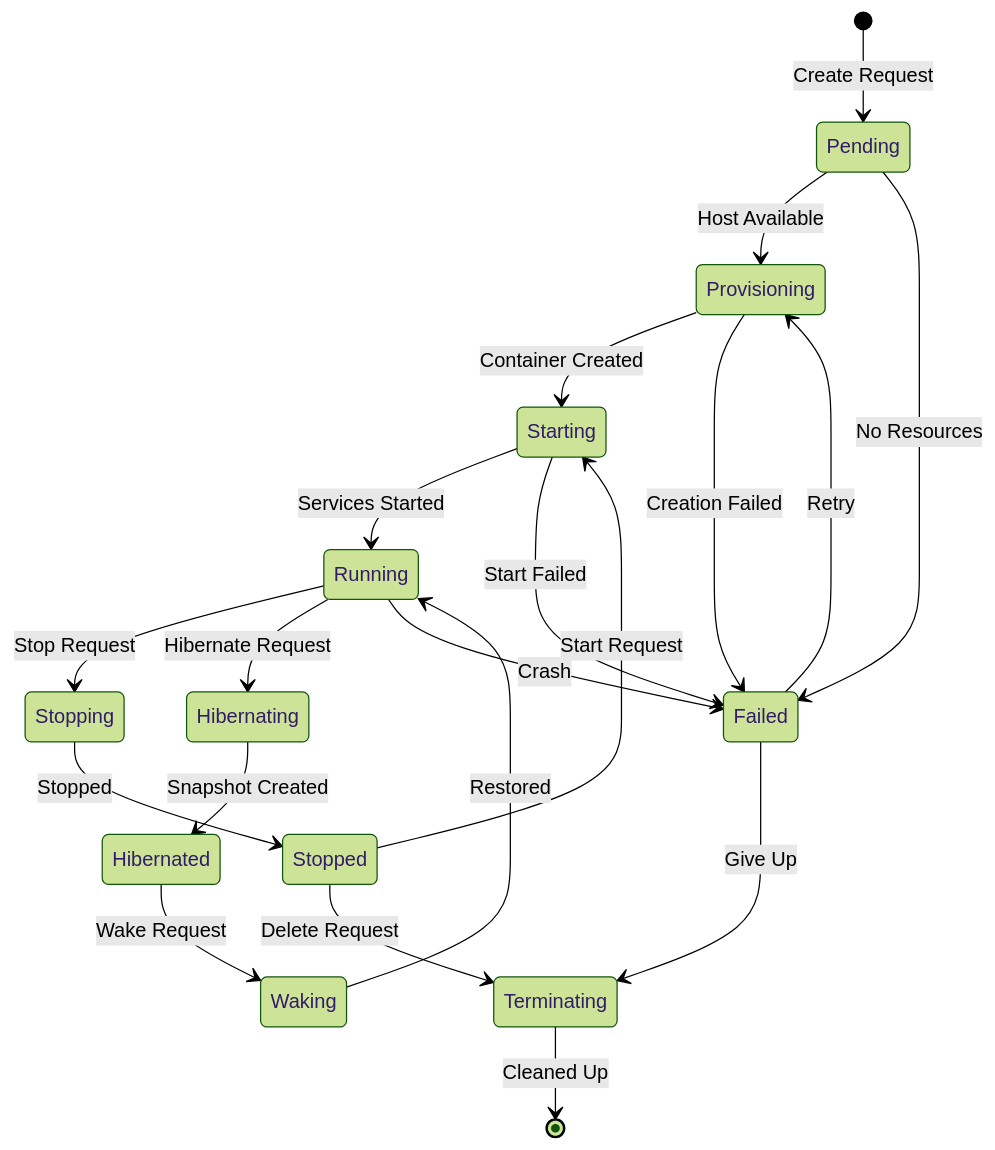
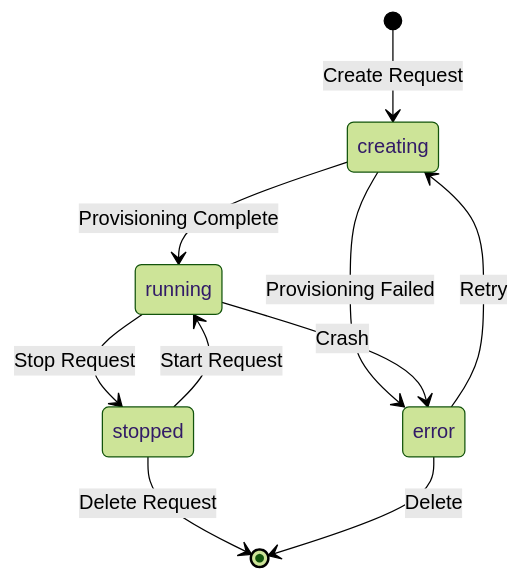
Before and after one commit to rogeriochaves/pinacle: the diagram in docs/architecture/03-pod-lifecycle.md, drawn with Mermaid (forest theme). The commit also changed other lines of this file and 8 other files, not shown here.

````diff
--- a/docs/architecture/03-pod-lifecycle.md
+++ b/docs/architecture/03-pod-lifecycle.md
@@ -9,29 +14,15 @@
 ```mermaid
 stateDiagram-v2
-    [*] --> Pending: Create Request
-    Pending --> Provisioning: Host Available
-    Pending --> Failed: No Resources
+    [*] --> creating: Create Request
+    creating --> running: Provisioning Complete
+    creating --> error: Provisioning Failed
 
-    Provisioning --> Starting: Container Created
-    Provisioning --> Failed: Creation Failed
+    running --> stopped: Stop Request
+    running --> error: Crash
 
-    Starting --> Running: Services Started
-    Starting --> Failed: Start Failed
+    stopped --> running: Start Request
+    stopped --> [*]: Delete Request
 
-    Running --> Stopping: Stop Request
-    Running --> Hibernating: Hibernate Request
-    Running --> Failed: Crash
-
-    Hibernating --> Hibernated: Snapshot Created
-    Hibernated --> Waking: Wake Request
-    Waking --> Running: Restored
-
-    Stopping --> Stopped: Stopped
-    Stopped --> Starting: Start Request
-    Stopped --> Terminating: Delete Request
-
-    Failed --> Provisioning: Retry
-    Failed --> Terminating: Give Up
-
-    Terminating --> [*]: Cleaned Up
+    error --> creating: Retry
+    error --> [*]: Delete
 ```
````
